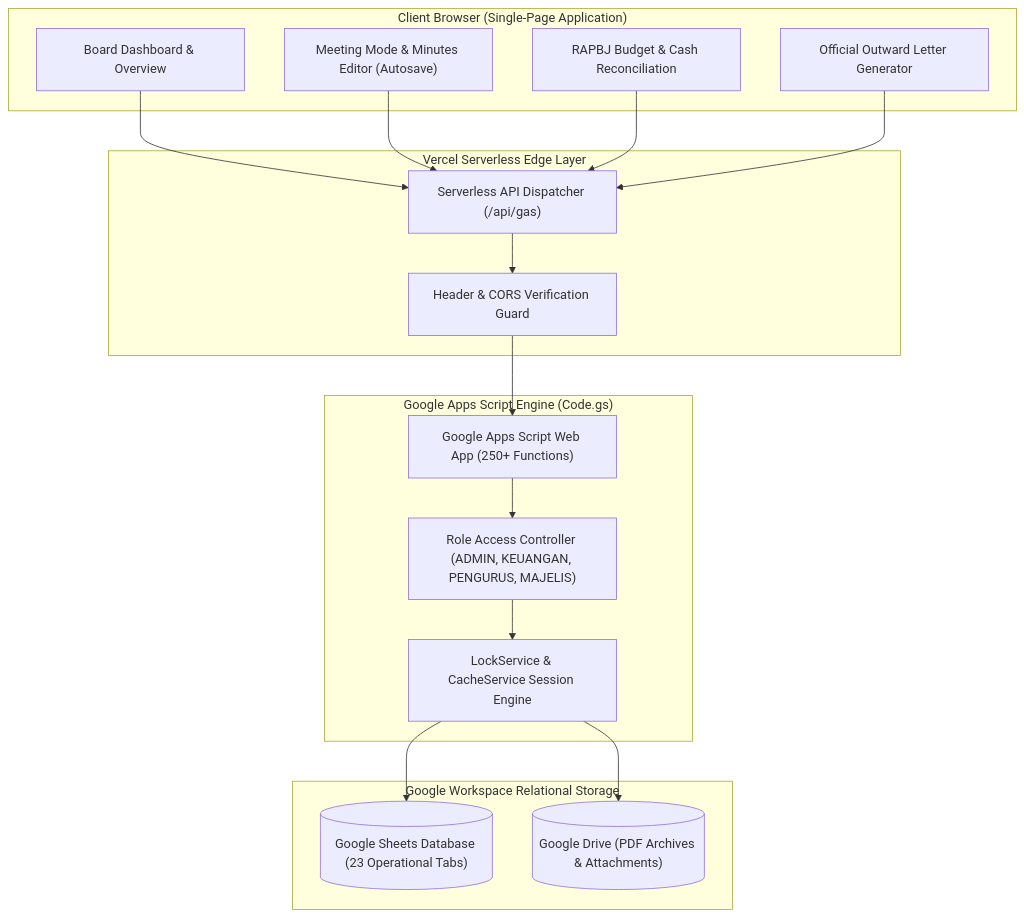
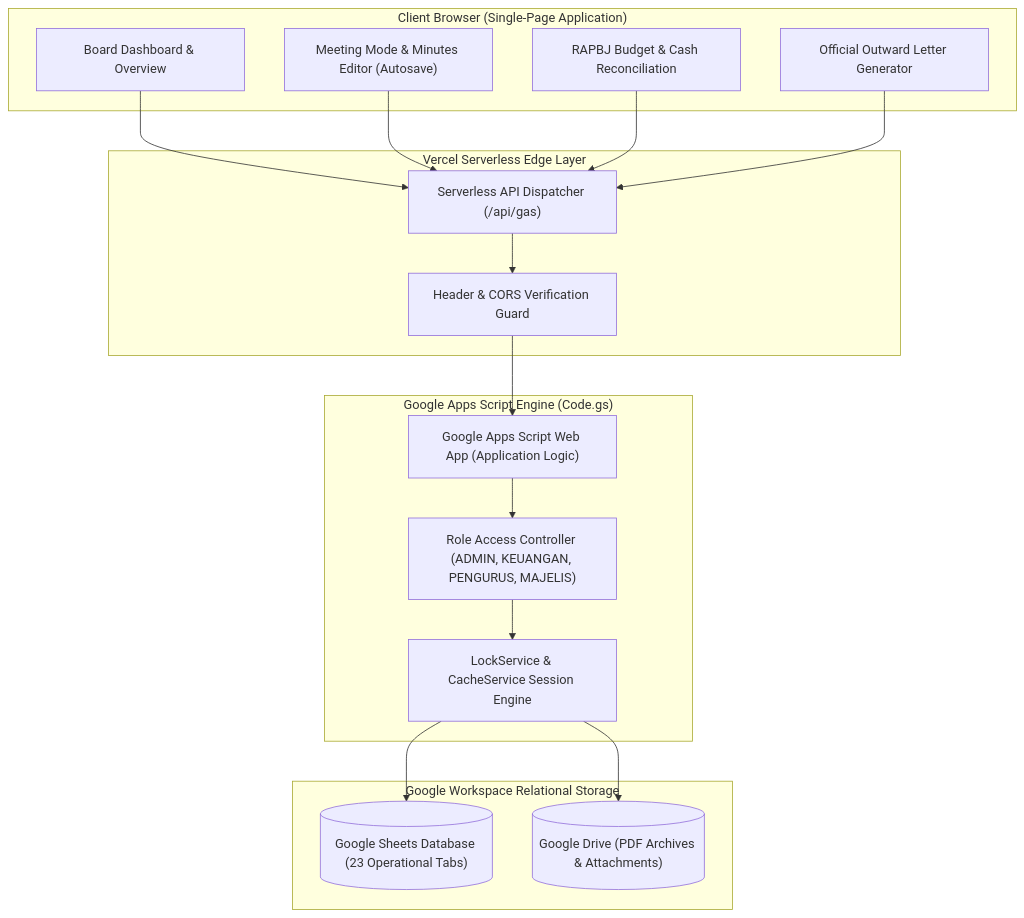
The diagram in README.md (zvenians/majelis-galilea), drawn with Mermaid before and after one commit. The commit also changed other lines of this file, not shown here.

````diff
--- a/README.md
+++ b/README.md
@@ -48,37 +43,37 @@
 ```mermaid
 flowchart TD
     subgraph Client ["Client Browser (Single-Page Application)"]
         Dashboard["Board Dashboard & Overview"]
         MeetingEditor["Meeting Mode & Minutes Editor (Autosave)"]
         TreasuryUI["RAPBJ Budget & Cash Reconciliation"]
         LetterModule["Official Outward Letter Generator"]
     end
 
     subgraph EdgeLayer ["Vercel Serverless Edge Layer"]
         Proxy["Serverless API Dispatcher (/api/gas)"]
         SecretAuth["Header & CORS Verification Guard"]
     end
 
     subgraph BackendEngine ["Google Apps Script Engine (Code.gs)"]
-        GAS["Google Apps Script Web App (250+ Functions)"]
+        GAS["Google Apps Script Web App (Application Logic)"]
         RBAC["Role Access Controller (ADMIN, KEUANGAN, PENGURUS, MAJELIS)"]
         Concurrency["LockService & CacheService Session Engine"]
     end
 
     subgraph WorkspaceStore ["Google Workspace Relational Storage"]
         Sheets[("Google Sheets Database (23 Operational Tabs)")]
         DriveStorage[("Google Drive (PDF Archives & Attachments)")]
     end
 
     Dashboard --> Proxy
     MeetingEditor --> Proxy
     TreasuryUI --> Proxy
     LetterModule --> Proxy
 
     Proxy --> SecretAuth
     SecretAuth --> GAS
     GAS --> RBAC
     RBAC --> Concurrency
     Concurrency --> Sheets
     Concurrency --> DriveStorage
 ```
````
